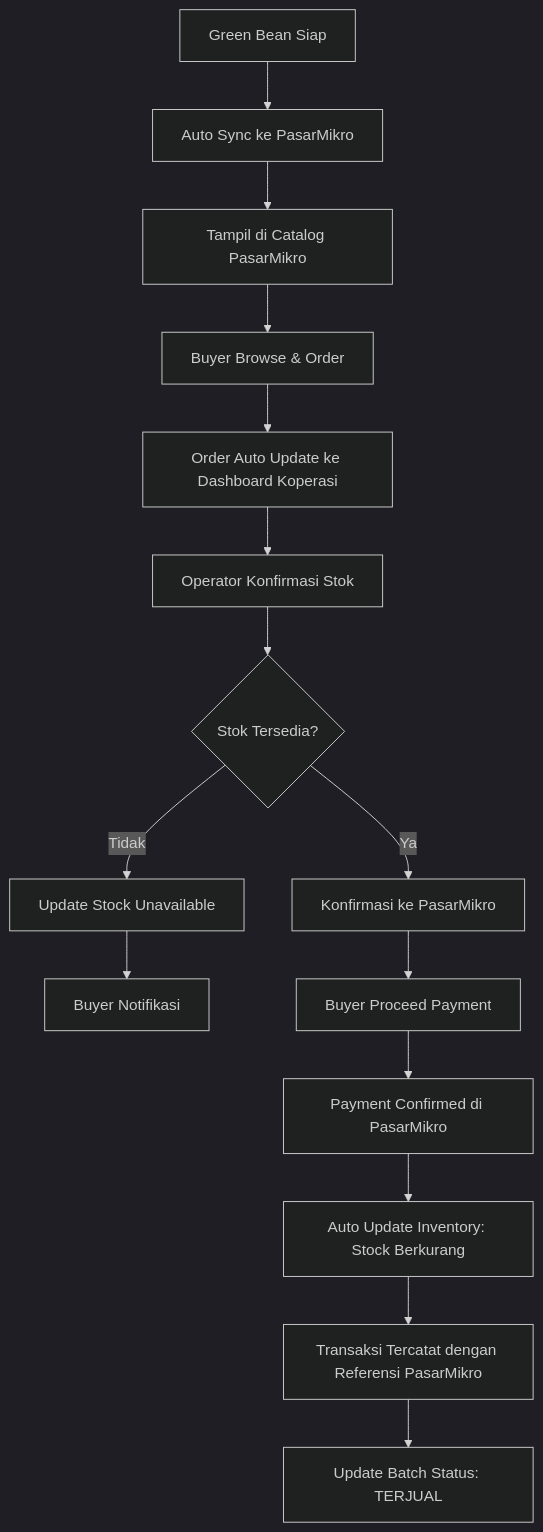
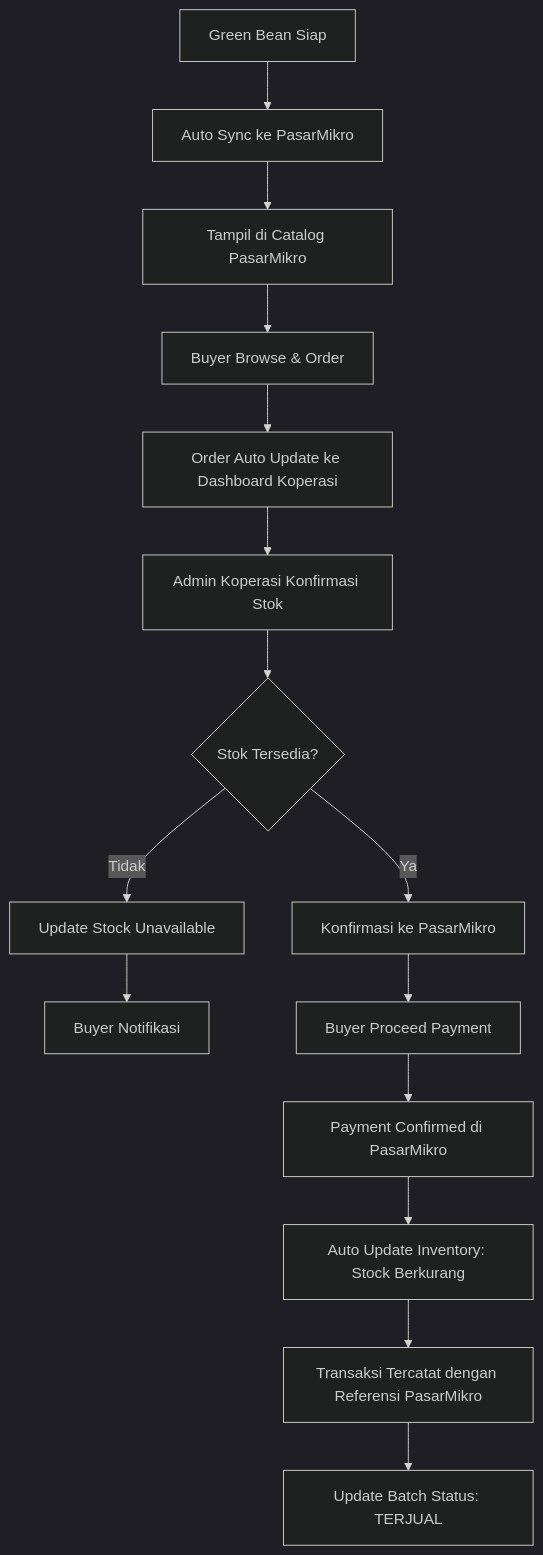
The seventh of 9 diagrams in PRD-Coffee-Cooperative-System.md (ahmaddiqi/Coop-coffee), drawn with Mermaid (dark theme) before and after one commit. The commit also changed other lines of this file, not shown here.

````diff
--- a/PRD-Coffee-Cooperative-System.md
+++ b/PRD-Coffee-Cooperative-System.md
@@ -430,19 +420,19 @@
 ```mermaid
 flowchart TD
     A[Green Bean Siap] --> B[Auto Sync ke PasarMikro]
     B --> C[Tampil di Catalog PasarMikro]
     C --> D[Buyer Browse & Order]
     D --> E[Order Auto Update ke Dashboard Koperasi]
-    E --> F[Operator Konfirmasi Stok]
+    E --> F[Admin Koperasi Konfirmasi Stok]
     F --> G{Stok Tersedia?}
     
     G -->|Ya| H[Konfirmasi ke PasarMikro]
     G -->|Tidak| I[Update Stock Unavailable]
     I --> J[Buyer Notifikasi]
     
     H --> K[Buyer Proceed Payment]
     K --> L[Payment Confirmed di PasarMikro]
     L --> M[Auto Update Inventory: Stock Berkurang]
     M --> N[Transaksi Tercatat dengan Referensi PasarMikro]
     N --> O[Update Batch Status: TERJUAL]
 ```
````
